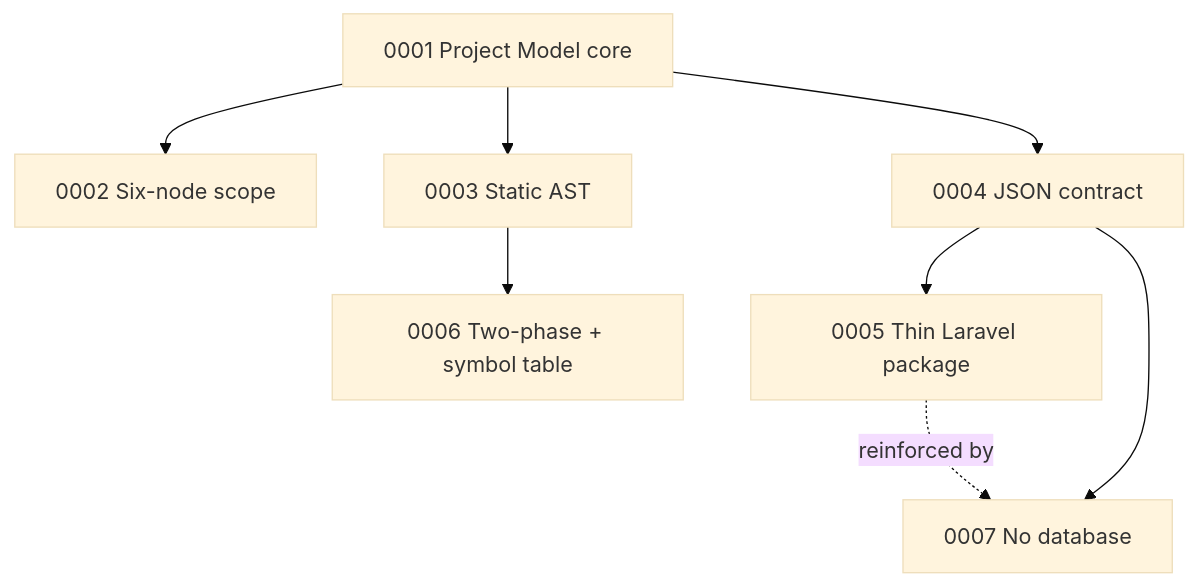
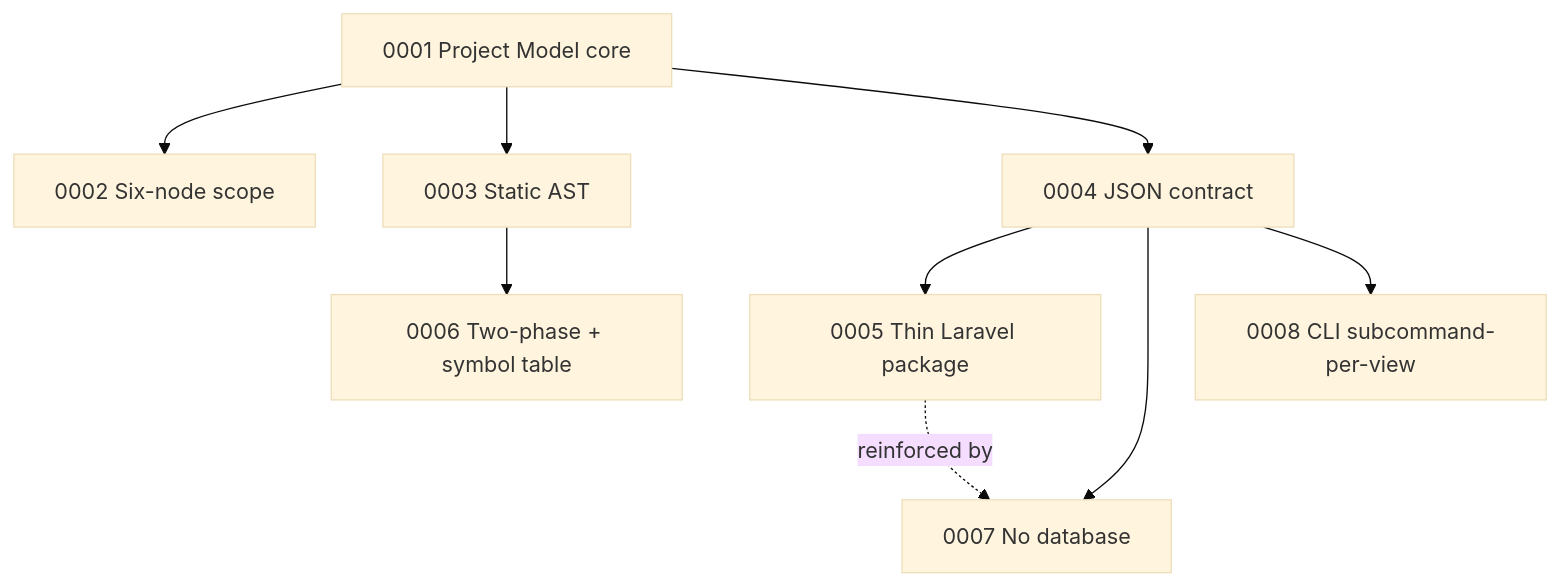
The diagram in vault/01 - Architecture/ADRs/ADR Index.md (Mawsis/Un-La-ravel), drawn with Mermaid (base theme) before and after one commit. The commit also changed other lines of this file and 3 other files, not shown here.

First line of the commit message:
docs: design system + ADR 0008 (CLI subcommand-per-view presentation)

````diff
--- a/vault/01 - Architecture/ADRs/ADR Index.md
+++ b/vault/01 - Architecture/ADRs/ADR Index.md
@@ -22,10 +23,11 @@
 ```mermaid
 flowchart TD
     a1["0001 Project Model core"] --> a2["0002 Six-node scope"]
     a1 --> a3["0003 Static AST"]
     a1 --> a4["0004 JSON contract"]
     a4 --> a5["0005 Thin Laravel package"]
     a3 --> a6["0006 Two-phase + symbol table"]
     a4 --> a7["0007 No database"]
     a5 -.reinforced by.-> a7
+    a4 --> a8["0008 CLI subcommand-per-view"]
 ```
````
